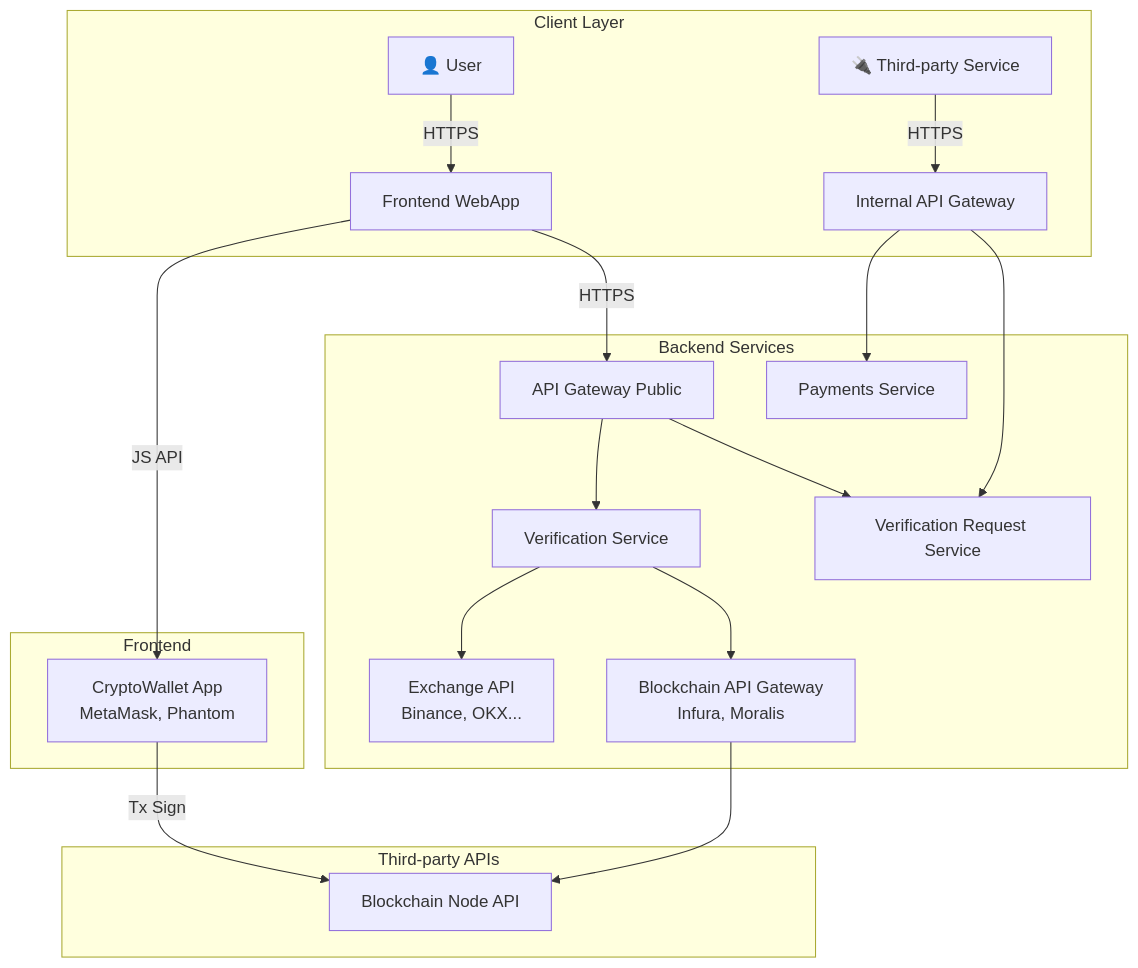
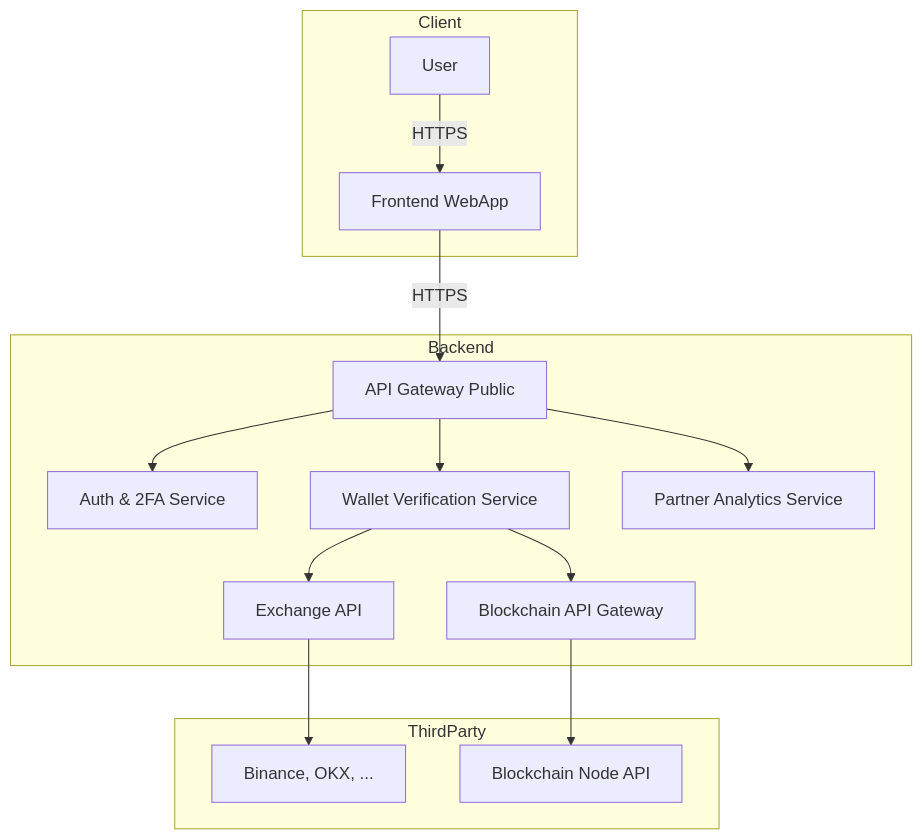
One commit to shark-research/safedrop-app changed the first of 4 diagrams in docs/workflow.md. Above: the diagram before and after it, drawn with Mermaid. The commit also changed other lines of this file and 47 other files, not shown here.

````diff
--- a/docs/workflow.md
+++ b/docs/workflow.md
@@ -12,26 +17,20 @@
 ```mermaid
 graph TD
-    subgraph "Client Layer"
-        U[👤 User] -->|HTTPS| FE[Frontend WebApp]
-        TS[🔌 Third-party Service] -->|HTTPS| IGW[Internal API Gateway]
+    subgraph Client
+        U[User] -->|HTTPS| FE[Frontend WebApp]
     end
-    
-    subgraph "Frontend"
-        FE -->|JS API| CW[CryptoWallet App<br/>MetaMask, Phantom]
+
+    subgraph Backend
+        FE -->|HTTPS| GW[API Gateway Public]
+        GW --> AUTH[Auth & 2FA Service]
+        GW --> WV[Wallet Verification Service]
+        GW --> PA[Partner Analytics Service]
+        WV --> EX[Exchange API]
+        WV --> BG[Blockchain API Gateway]
     end
-    
-    subgraph "Backend Services"
-        FE -->|HTTPS| GW[API Gateway Public]
-        GW --> VS[Verification Service]
-        GW --> VRS[Verification Request Service]
-        IGW --> VRS
-        VS --> EA[Exchange API<br/>Binance, OKX...]
-        VS --> BGA[Blockchain API Gateway<br/>Infura, Moralis]
-        IGW --> PS[Payments Service]
-    end
-    
-    subgraph "Third-party APIs"
-        CW -->|Tx Sign| BN[Blockchain Node API]
-        BGA --> BN
+
+    subgraph ThirdParty
+        EX[Exchange API] --> CEX[Binance, OKX, ...]
+        BG --> RPC[Blockchain Node API]
     end
 ```
````
